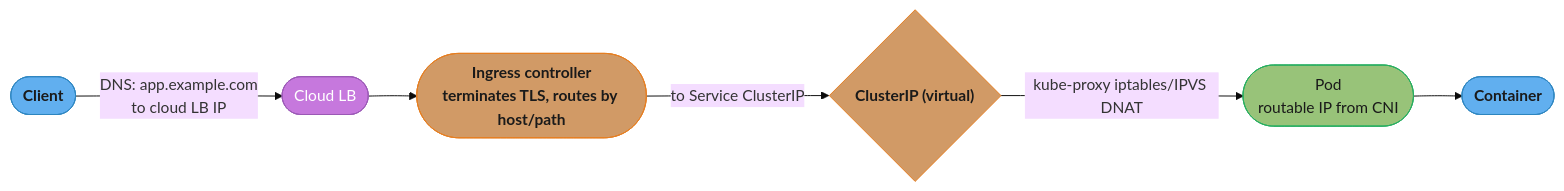
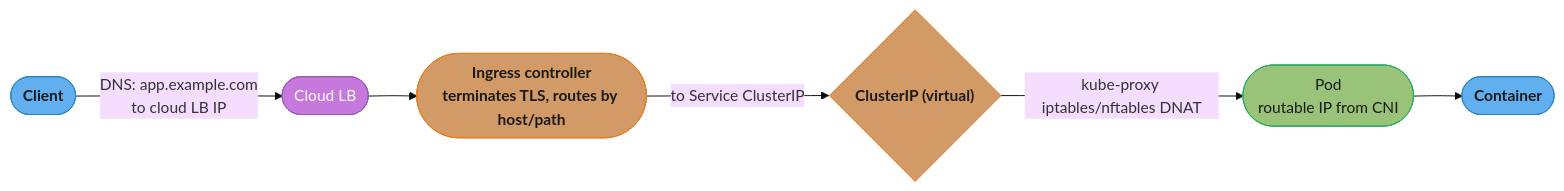
One commit to rppol/system-design changed the second of 7 diagrams in src/main/java/com/rutik/systemdesign/devops/kubernetes_networking/kubernetes_networking.md. Above: the diagram before and after it, drawn with Mermaid (base theme). The commit also changed other lines of this file and 32 other files, not shown here.

````diff
--- a/src/main/java/com/rutik/systemdesign/devops/kubernetes_networking/kubernetes_networking.md
+++ b/src/main/java/com/rutik/systemdesign/devops/kubernetes_networking/kubernetes_networking.md
@@ -126,21 +126,21 @@
 ```mermaid
 flowchart LR
     classDef io      fill:#61afef,stroke:#2e86c1,color:#1a1a1a,font-weight:bold
     classDef frozen  fill:#c678dd,stroke:#9b59b6,color:#fff
     classDef train   fill:#98c379,stroke:#27ae60,color:#1a1a1a
     classDef mathOp  fill:#d19a66,stroke:#e67e22,color:#1a1a1a,font-weight:bold
     classDef lossN   fill:#e06c75,stroke:#c0392b,color:#fff,font-weight:bold
     classDef req     fill:#56b6c2,stroke:#0097a7,color:#1a1a1a
     classDef base    fill:#e5c07b,stroke:#f39c12,color:#1a1a1a
 
     client(["Client"]) -->|"DNS: app.example.com<br/>to cloud LB IP"| lb(["Cloud LB"])
     lb --> ing(["Ingress controller<br/>terminates TLS, routes by host/path"])
     ing -->|"to Service ClusterIP"| vip{"ClusterIP (virtual)"}
-    vip -->|"kube-proxy iptables/IPVS DNAT"| pod(["Pod<br/>routable IP from CNI"])
+    vip -->|"kube-proxy iptables/nftables DNAT"| pod(["Pod<br/>routable IP from CNI"])
     pod --> container(["Container"])
 
     class client,container io
     class lb frozen
     class ing,vip mathOp
     class pod train
 ```
````
